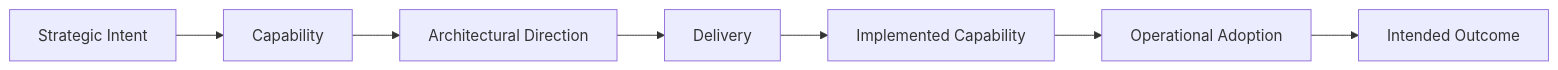
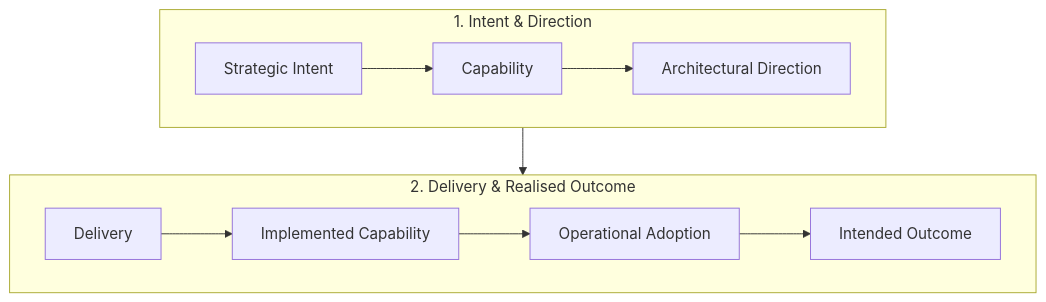
One commit to avfranco-br/portfolio changed the sixth of 11 diagrams in docs/sop/04-delivery-enablement.md. Above: the diagram before and after it, drawn with Mermaid. The commit also changed other lines of this file and 10 other files, not shown here.

Commit message:
Refactor Mermaid diagrams across SOP and methods documentation for legibility

````diff
--- a/docs/sop/04-delivery-enablement.md
+++ b/docs/sop/04-delivery-enablement.md
@@ -881,16 +883,15 @@
 ```mermaid
-flowchart LR
-    A["Strategic Intent"]
-    B["Capability"]
-    C["Architectural Direction"]
-    D["Delivery"]
-    E["Implemented Capability"]
-    F["Operational Adoption"]
-    G["Intended Outcome"]
-    A --> B
-    B --> C
+flowchart TD
+    subgraph Intent_Direction["1. Intent & Direction"]
+        direction LR
+        A["Strategic Intent"] --> B["Capability"] --> C["Architectural Direction"]
+    end
+
+    subgraph Delivery_Outcome["2. Delivery & Realised Outcome"]
+        direction LR
+        D["Delivery"] --> E["Implemented Capability"]
+        E --> F["Operational Adoption"] --> G["Intended Outcome"]
+    end
+
     C --> D
-    D --> E
-    E --> F
-    F --> G
 ```
````
